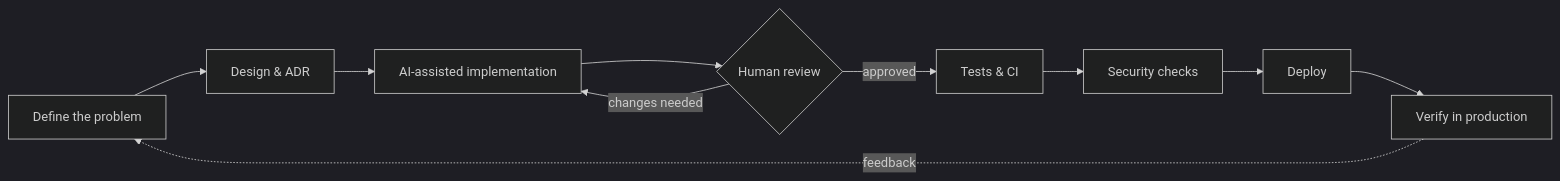
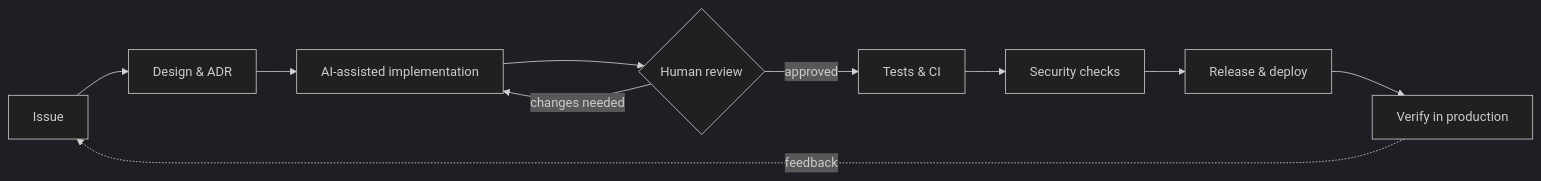
One commit to BrahimNJ/BrahimNJ changed the diagram in README.md. Above: the diagram before and after it, drawn with Mermaid (dark theme). The commit also changed other lines of this file, not shown here.

````diff
--- a/README.md
+++ b/README.md
@@ -108,12 +117,12 @@
 ```mermaid
 flowchart LR
-    A[Define the problem] --> B[Design & ADR]
+    A[Issue] --> B[Design & ADR]
     B --> C[AI-assisted implementation]
     C --> D{Human review}
     D -- changes needed --> C
     D -- approved --> E[Tests & CI]
     E --> F[Security checks]
-    F --> G[Deploy]
+    F --> G[Release & deploy]
     G --> H[Verify in production]
     H -. feedback .-> A
 ```
````
